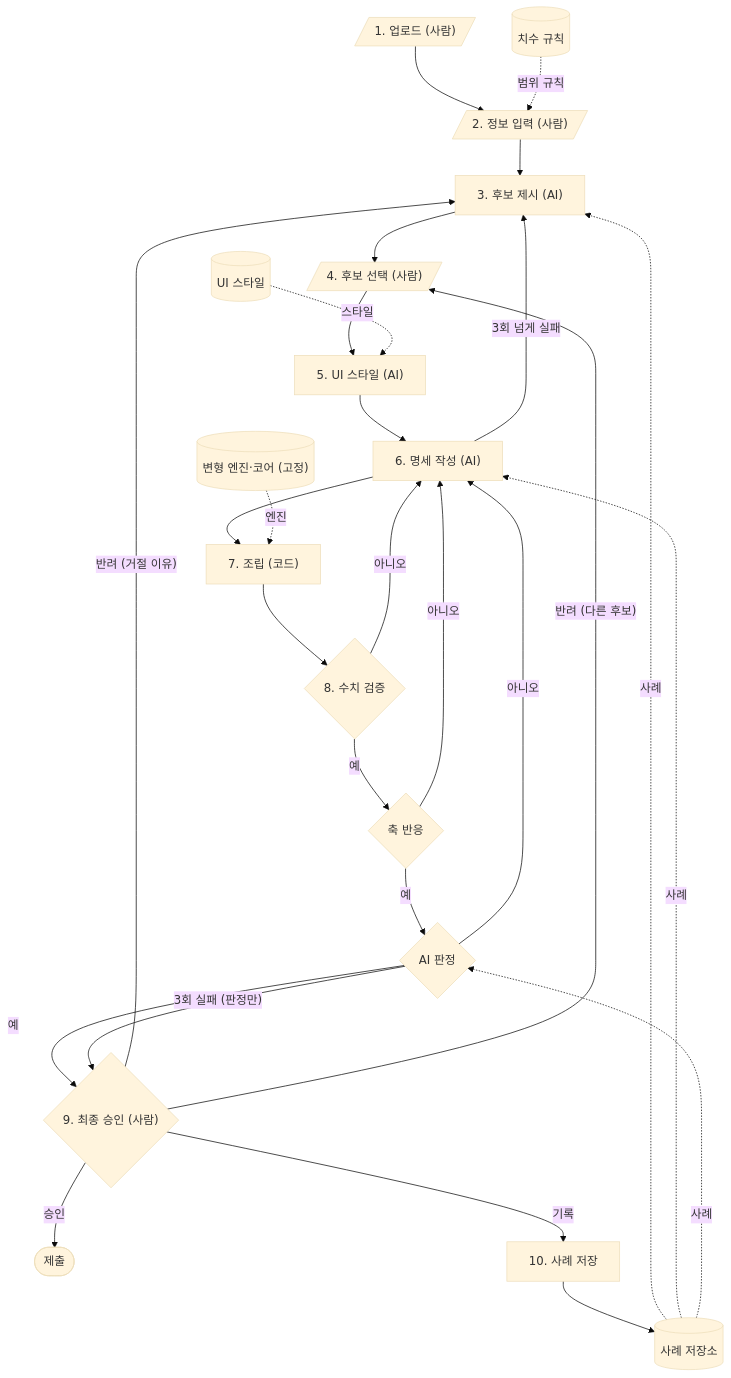
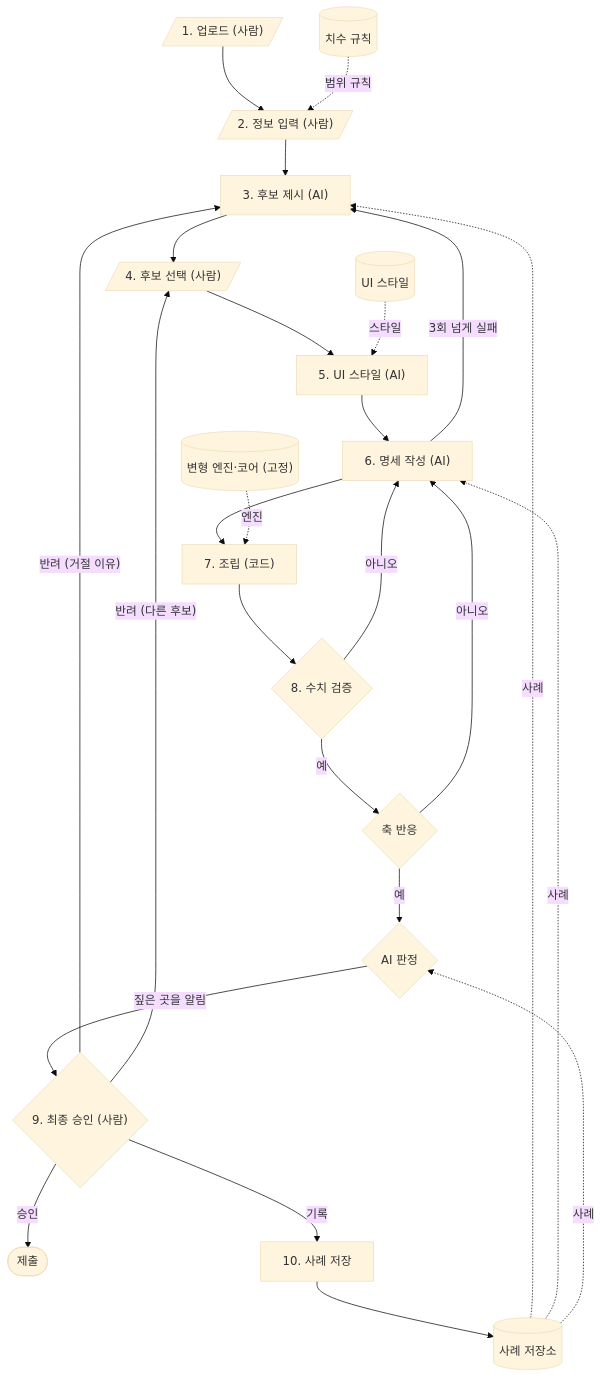
The diagram in docs/plan.md (jun-1993-p/threejs-configurator-ai), drawn with Mermaid (base theme) before and after one commit. The commit also changed 9 other files, not shown here.

````diff
--- a/docs/plan.md
+++ b/docs/plan.md
@@ -34,30 +34,28 @@
 ```mermaid
 flowchart TD
   U[/"1. 업로드 (사람)"/] --> I[/"2. 정보 입력 (사람)"/]
   I --> C["3. 후보 제시 (AI)"]
   C --> P[/"4. 후보 선택 (사람)"/]
   P --> S["5. UI 스타일 (AI)"]
   S --> SP["6. 명세 작성 (AI)"]
   SP --> AS["7. 조립 (코드)"]
   AS --> V1{"8. 수치 검증"}
   V1 -- 예 --> V2{"축 반응"}
   V2 -- 예 --> V3{"AI 판정"}
-  V3 -- 예 --> AP{"9. 최종 승인 (사람)"}
+  V3 -- "짚은 곳을 알림" --> AP{"9. 최종 승인 (사람)"}
   V1 -- 아니오 --> SP
   V2 -- 아니오 --> SP
-  V3 -- 아니오 --> SP
-  V3 -- "3회 실패 (판정만)" --> AP
   SP -- "3회 넘게 실패" --> C
   AP -- "반려 (거절 이유)" --> C
   AP -- "반려 (다른 후보)" --> P
   AP -- 승인 --> OUT(["제출"])
   AP -- 기록 --> REC["10. 사례 저장"]
 
   R[("치수 규칙")] -. 범위 규칙 .-> I
   ST[("UI 스타일")] -. 스타일 .-> S
   CS[("사례 저장소")] -. 사례 .-> C
   CS -. 사례 .-> SP
   CS -. 사례 .-> V3
   EN[("변형 엔진·코어 (고정)")] -. 엔진 .-> AS
   REC --> CS
 ```
````
